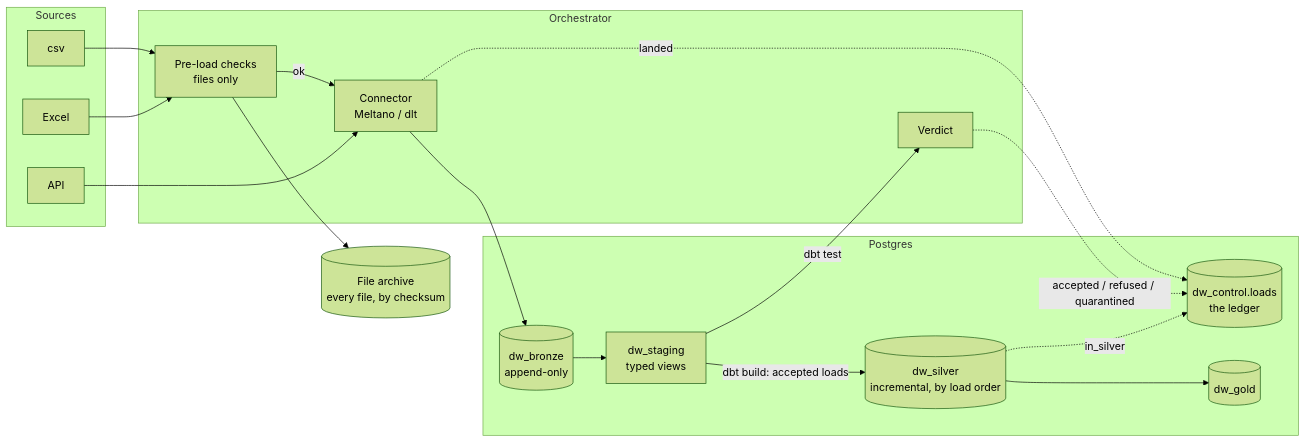
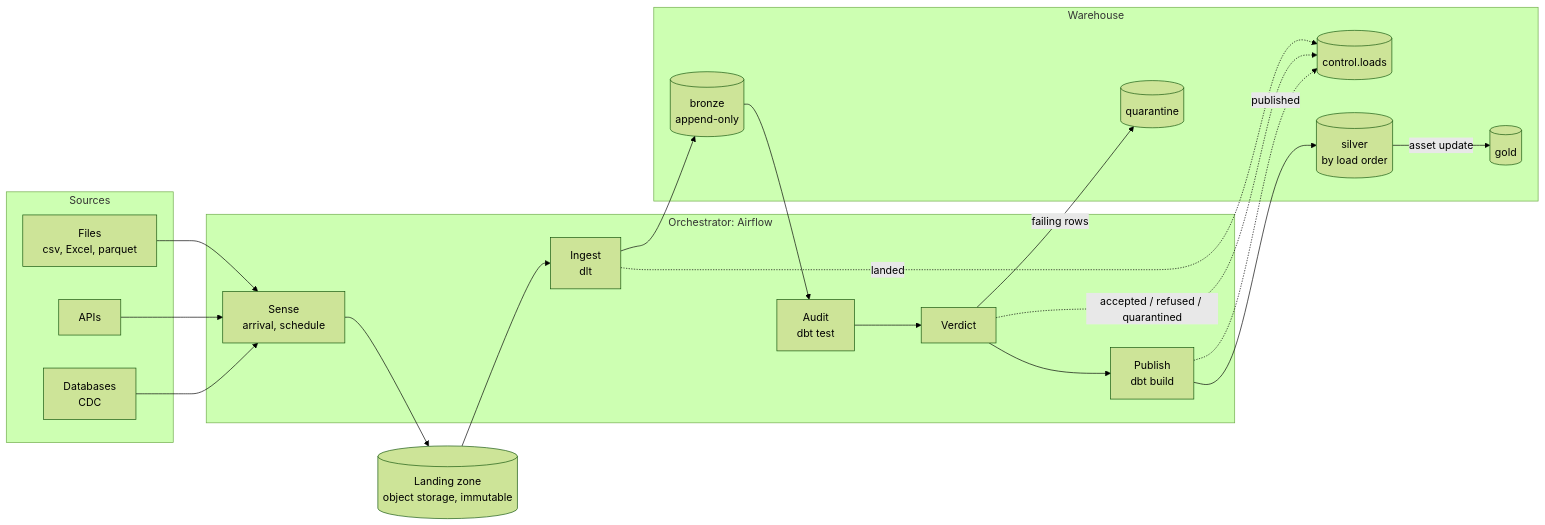
Before and after one commit to le1douglas/DataWarehouse: the first of 8 diagrams in docs/ARCHITECTURE_PROPOSAL.md, drawn with Mermaid (forest theme). The commit also changed other lines of this file, not shown here.

Commit message:
start of architectural plan

````diff
--- a/docs/ARCHITECTURE_PROPOSAL.md
+++ b/docs/ARCHITECTURE_PROPOSAL.md
@@ -9,34 +24,37 @@
 ```mermaid
 flowchart LR
     subgraph sources["Sources"]
-        csv["csv"]
-        xls["Excel"]
-        api["API"]
+        files["Files<br/>csv, Excel, parquet"]
+        api["APIs"]
+        db["Databases<br/>CDC"]
     end
 
-    subgraph orch["Orchestrator"]
-        pre["Pre-load checks<br/>files only"]
-        conn["Connector<br/>Meltano / dlt"]
+    subgraph orch["Orchestrator: Airflow"]
+        sense["Sense<br/>arrival, schedule"]
+        ingest["Ingest<br/>dlt"]
+        audit["Audit<br/>dbt test"]
         verdict["Verdict"]
+        publish["Publish<br/>dbt build"]
     end
 
-    archive[("File archive<br/>every file, by checksum")]
+    landing[("Landing zone<br/>object storage, immutable")]
 
-    subgraph pg["Postgres"]
-        ctl[("dw_control.loads<br/>the ledger")]
-        bronze[("dw_bronze<br/>append-only")]
-        stg["dw_staging<br/>typed views"]
-        silver[("dw_silver<br/>incremental, by load order")]
-        gold[("dw_gold")]
+    subgraph wh["Warehouse"]
+        ctl[("control.loads")]
+        bronze[("bronze<br/>append-only")]
+        quarantine[("quarantine")]
+        silver[("silver<br/>by load order")]
+        gold[("gold")]
     end
 
-    csv & xls --> pre --> archive
-    pre -->|ok| conn
-    api --> conn
-    conn --> bronze
-    conn -.->|landed| ctl
-    bronze --> stg -->|dbt test| verdict
+    files & api & db --> sense --> landing
+    landing --> ingest --> bronze
+    ingest -.->|landed| ctl
+    bronze --> audit --> verdict
     verdict -.->|accepted / refused / quarantined| ctl
-    stg -->|dbt build: accepted loads| silver --> gold
-    silver -.->|in_silver| ctl
+    verdict -->|failing rows| quarantine
+    verdict --> publish
+    publish --> silver
+    publish -.->|published| ctl
+    silver -->|asset update| gold
 ```
````
